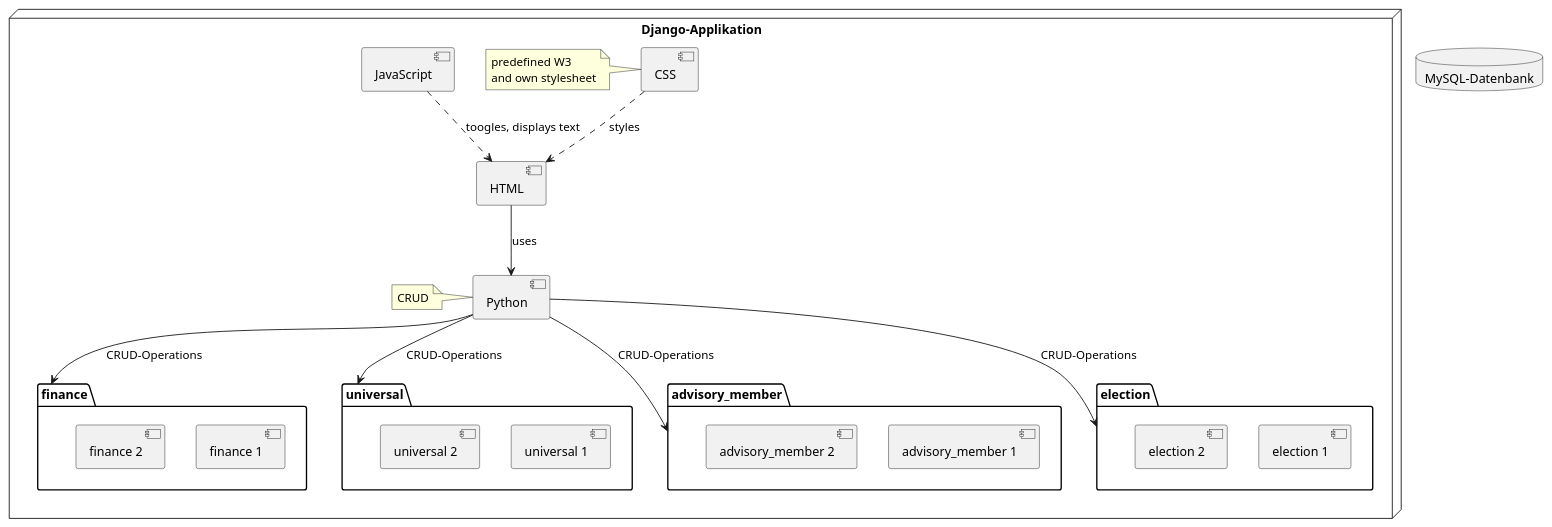
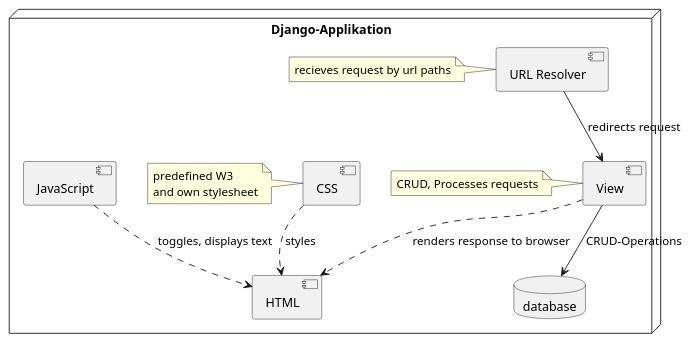
Before and after one commit to EdLaser/I3_Antragsverwaltungstool: the diagram in belegabgabe_se2/dokumentation/diagrams/logical.puml, drawn with PlantUML. The commit also changed 2 other files, not shown here.

Commit message:
simpliefied logical system architecture and database scheme

```diff
--- a/belegabgabe_se2/dokumentation/diagrams/logical.puml
+++ b/belegabgabe_se2/dokumentation/diagrams/logical.puml
@@ -1,41 +1,26 @@
 @startuml "logische Sicht"
 
 node "Django-Applikation" {
     [HTML]
-    [Python]
-        note left of [Python] : CRUD
+    [View]
+        note left of [View] : CRUD, Processes requests
     [CSS]
         note left of [CSS]
             predefined W3 
             and own stylesheet
         end note
-    [JavaScript] ..> [HTML] : toogles, displays text
+    [URL Resolver]
+        note left of [URL Resolver] : recieves request by url paths
+
+    [JavaScript] ..> [HTML] : toggles, displays text
     [CSS] ..> [HTML] : styles
-    [HTML] --> [Python] : uses
+    [URL Resolver] --> [View] : redirects request
+    [View] ..> [HTML] : renders response to browser
     
-    [Python] --> finance : CRUD-Operations
-    [Python] --> universal : CRUD-Operations
-    [Python] --> advisory_member : CRUD-Operations
-    [Python] --> election : CRUD-Operations
+    [View] --> database : CRUD-Operations
 }
 
-database "MySQL-Datenbank" {
-    folder "finance" {
-        [finance 1]
-        [finance 2]
-    }
-    folder "universal" {
-        [universal 1]
-        [universal 2]
-    }
-    folder "advisory_member" {
-        [advisory_member 1]
-        [advisory_member 2]
-    }
-    folder "election" {
-        [election 1]
-        [election 2]
-    }
+database "MySQL-Datenbank" as database {
+
 }
-
 @enduml
```
